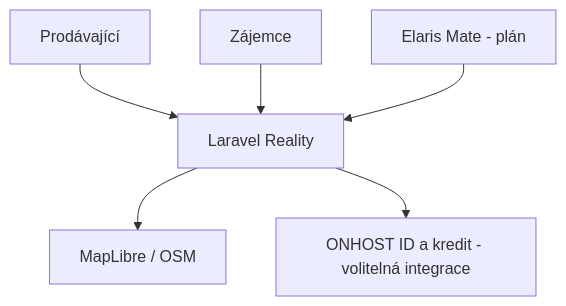
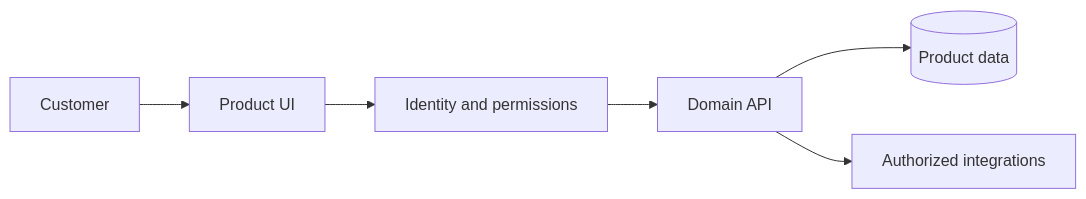
The diagram in README.en.md (Stanektechcz/onhost-realitni-srovnavac), drawn with Mermaid before and after one commit. The commit also changed other lines of this file, not shown here.

Commit message:
docs: V8 redesign structured product README README.en.md

````diff
--- a/README.en.md
+++ b/README.en.md
@@ -114,8 +38,8 @@
 ```mermaid
-flowchart TD
-    Seller[Prodávající] --> Listings[Laravel Reality]
-    Buyer[Zájemce] --> Listings
-    Listings --> Map[MapLibre / OSM]
-    Listings --> Core[ONHOST ID a kredit - volitelná integrace]
-    Mate[Elaris Mate - plán] --> Listings
+flowchart LR
+ U[Customer] --> WEB[Product UI]
+ WEB --> IAM[Identity and permissions]
+ IAM --> API[Domain API]
+ API --> DATA[(Product data)]
+ API --> INT[Authorized integrations]
 ```
````
